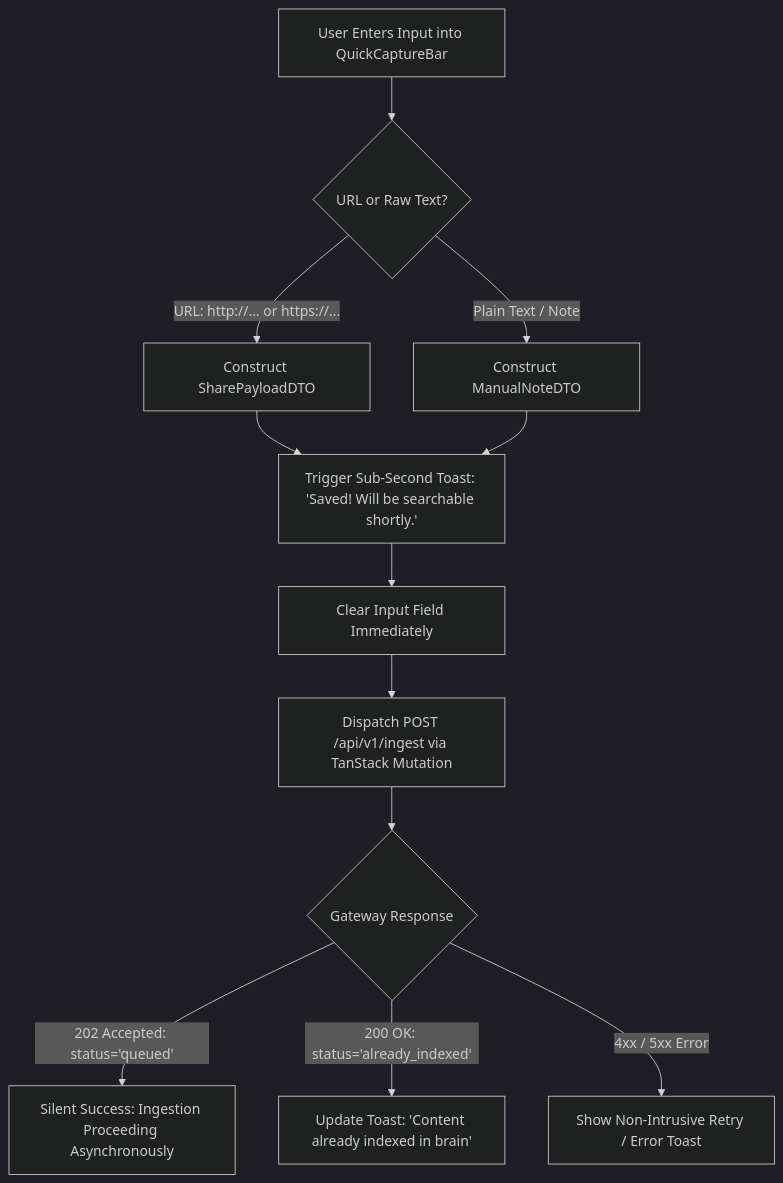
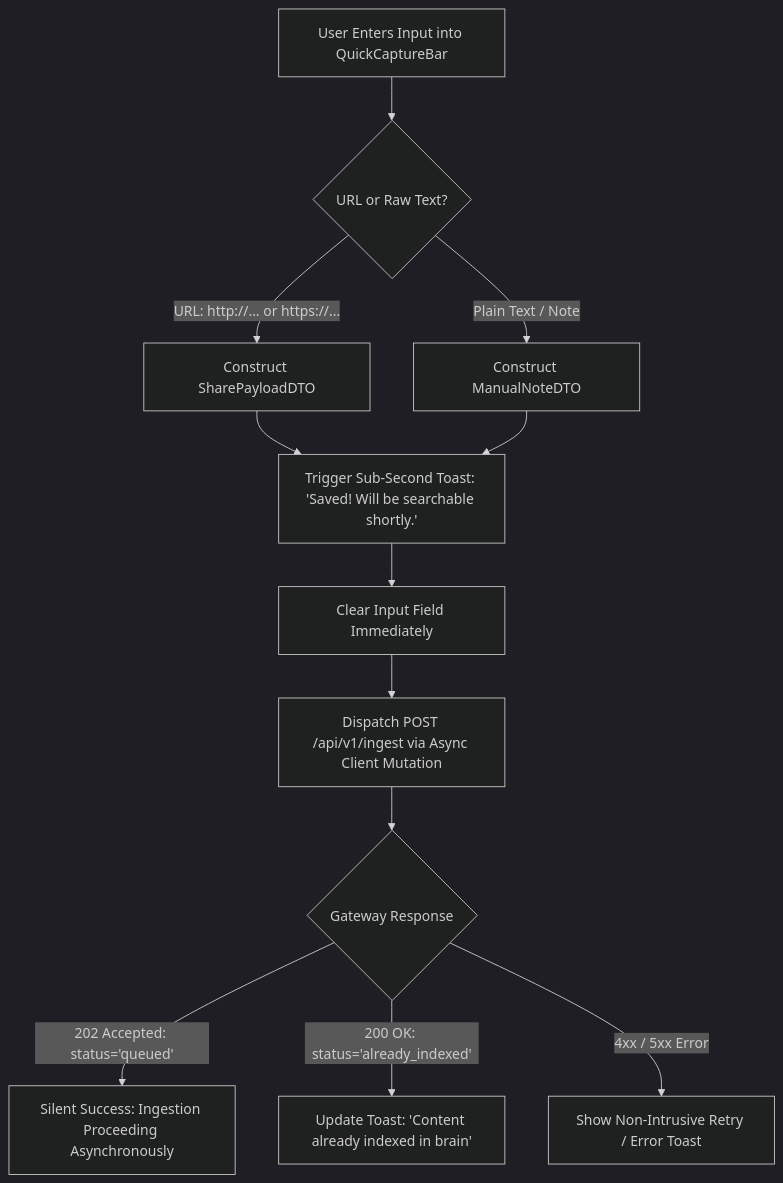
One commit to SiddhantDeshwal1/wikime-web changed the third of 5 diagrams in docs/ARCHITECTURE.md. Above: the diagram before and after it, drawn with Mermaid (dark theme). The commit also changed other lines of this file and 5 other files, not shown here.

Commit message:
GENAI=YES docs(architecture): [V1_001] remove hardcoded frontend tech stack from documentation

````diff
--- a/docs/ARCHITECTURE.md
+++ b/docs/ARCHITECTURE.md
@@ -103,14 +103,14 @@
 ```mermaid
 flowchart TD
     A[User Enters Input into QuickCaptureBar] --> B{URL or Raw Text?}
     B -->|URL: http://... or https://...| C[Construct SharePayloadDTO]
     B -->|Plain Text / Note| D[Construct ManualNoteDTO]
     C --> E[Trigger Sub-Second Toast: 'Saved! Will be searchable shortly.']
     D --> E
     E --> F[Clear Input Field Immediately]
-    F --> G[Dispatch POST /api/v1/ingest via TanStack Mutation]
+    F --> G[Dispatch POST /api/v1/ingest via Async Client Mutation]
     G --> H{Gateway Response}
     H -->|202 Accepted: status='queued'| I[Silent Success: Ingestion Proceeding Asynchronously]
     H -->|200 OK: status='already_indexed'| J[Update Toast: 'Content already indexed in brain']
     H -->|4xx / 5xx Error| K[Show Non-Intrusive Retry / Error Toast]
 ```
````
